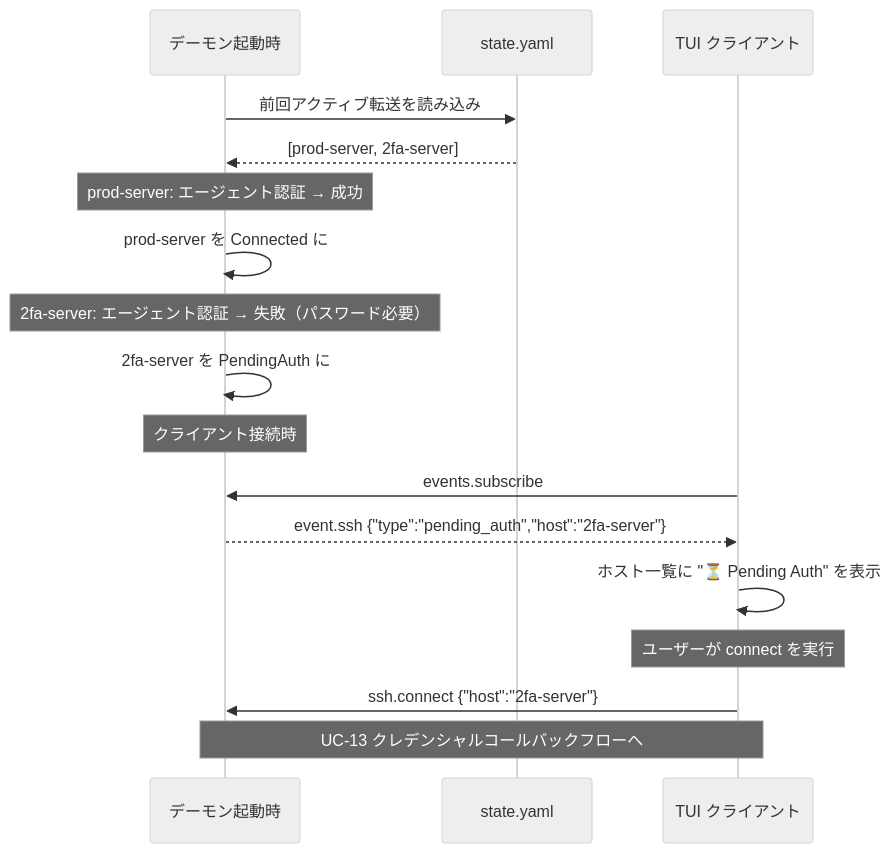
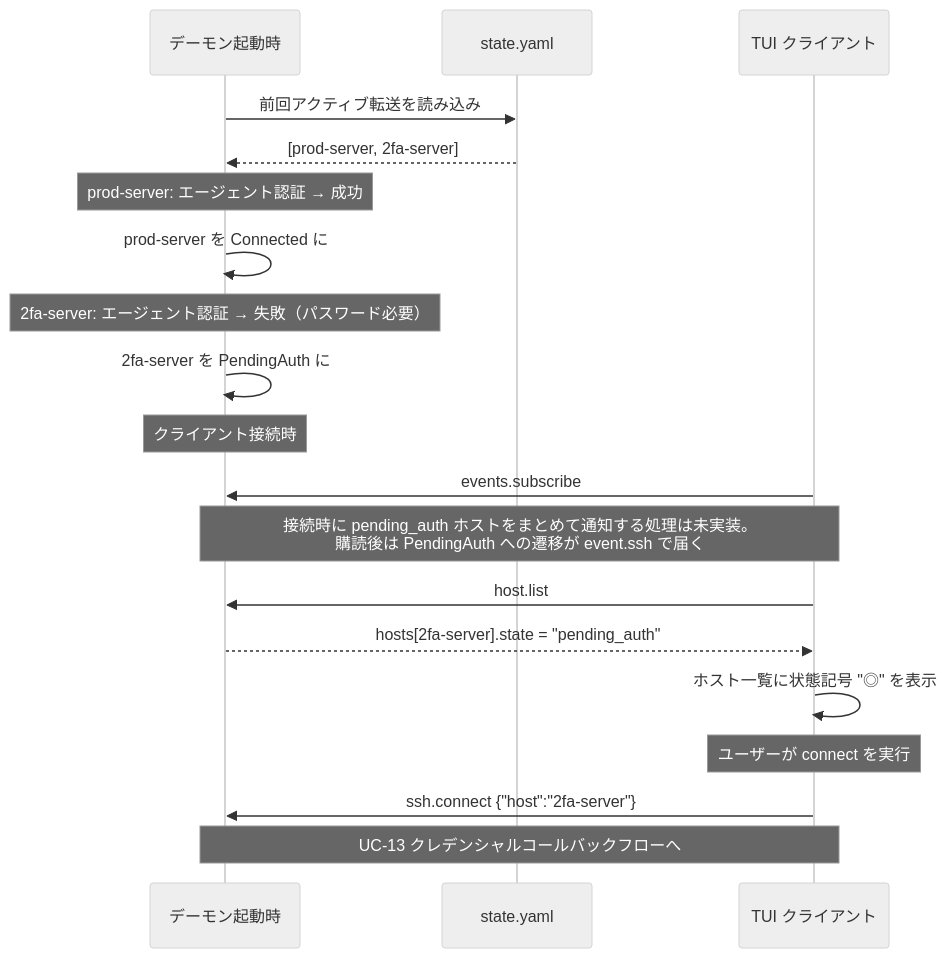
Before and after one commit to ousiassllc/MolePort: diagram 13 of 23 in docs/architecture/overview.md, drawn with Mermaid (neutral theme). The commit also changed other lines of this file and 2 other files, not shown here.

Commit message:
docs: selected_host と pending_auth 通知・バッジが未実装であることを明記 (#145, #146)

````diff
--- a/docs/architecture/overview.md
+++ b/docs/architecture/overview.md
@@ -846,25 +846,27 @@
 ```mermaid
 sequenceDiagram
     participant Daemon as デーモン起動時
     participant State as state.yaml
 
     Daemon->>State: 前回アクティブ転送を読み込み
     State-->>Daemon: [prod-server, 2fa-server]
 
     Note over Daemon: prod-server: エージェント認証 → 成功
     Daemon->>Daemon: prod-server を Connected に
 
     Note over Daemon: 2fa-server: エージェント認証 → 失敗（パスワード必要）
     Daemon->>Daemon: 2fa-server を PendingAuth に
 
     Note over Daemon: クライアント接続時
 
     participant TUI as TUI クライアント
     TUI->>Daemon: events.subscribe
-    Daemon-->>TUI: event.ssh {"type":"pending_auth","host":"2fa-server"}
-    TUI->>TUI: ホスト一覧に "⏳ Pending Auth" を表示
+    Note over Daemon,TUI: 接続時に pending_auth ホストをまとめて通知する処理は未実装。<br/>購読後は PendingAuth への遷移が event.ssh で届く
+    TUI->>Daemon: host.list
+    Daemon-->>TUI: hosts[2fa-server].state = "pending_auth"
+    TUI->>TUI: ホスト一覧に状態記号 "◎" を表示
 
     Note over TUI: ユーザーが connect を実行
     TUI->>Daemon: ssh.connect {"host":"2fa-server"}
     Note over Daemon,TUI: UC-13 クレデンシャルコールバックフローへ
 ```
````
